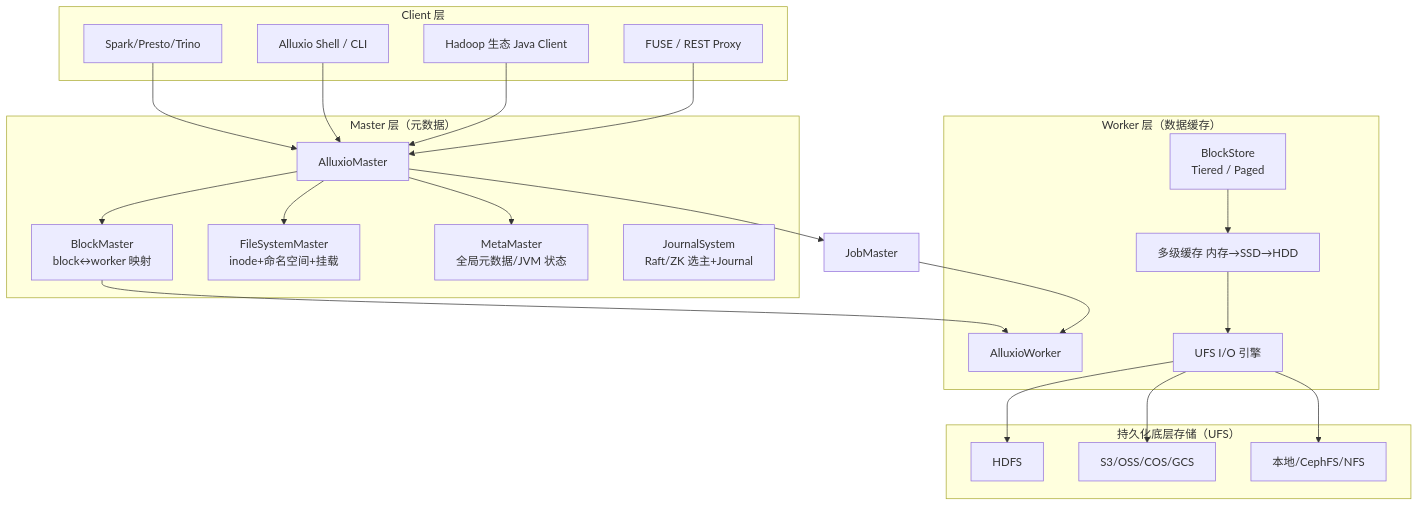
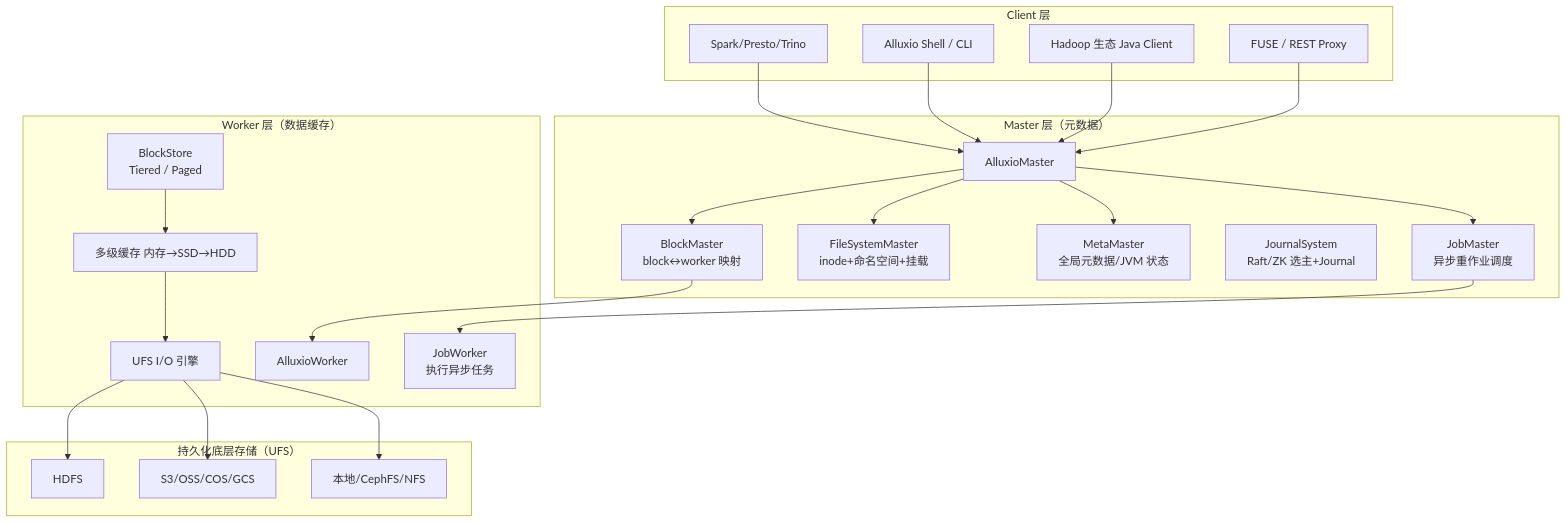
The first of 5 diagrams in docs/storage/distributed-storage/alluxio-architecture.md (hswsp/cs-knowledge-wiki), drawn with Mermaid before and after one commit. The commit also changed other lines of this file, not shown here.

````diff
--- a/docs/storage/distributed-storage/alluxio-architecture.md
+++ b/docs/storage/distributed-storage/alluxio-architecture.md
@@ -96,39 +124,40 @@
 ```mermaid
 flowchart TB
     subgraph Clients["Client 层"]
         C1[Spark/Presto/Trino]
         C2[Alluxio Shell / CLI]
         C3[Hadoop 生态 Java Client]
         C4[FUSE / REST Proxy]
     end
 
     subgraph Masters["Master 层（元数据）"]
         M1[AlluxioMaster]
         M2[BlockMaster<br/>block↔worker 映射]
         M3[FileSystemMaster<br/>inode+命名空间+挂载]
         M4[MetaMaster<br/>全局元数据/JVM 状态]
         M5[JournalSystem<br/>Raft/ZK 选主+Journal]
+        M6[JobMaster<br/>异步重作业调度]
     end
 
     subgraph Workers["Worker 层（数据缓存）"]
         W1[AlluxioWorker]
         W2[BlockStore<br/>Tiered / Paged]
         W3[多级缓存 内存→SSD→HDD]
         W4[UFS I/O 引擎]
+        W5[JobWorker<br/>执行异步任务]
     end
 
     subgraph UFS["持久化底层存储（UFS）"]
         U1[HDFS]
         U2[S3/OSS/COS/GCS]
         U3[本地/CephFS/NFS]
     end
 
     C1 & C2 & C3 & C4 --> M1
-    M1 --> M2 & M3 & M4
-    M1 --> J["JobMaster"]
+    M1 --> M2 & M3 & M4 & M6
     M2 --> W1
-    J --> W1
+    M6 --> W5
     W2 --> W3
     W4 --> U1 & U2 & U3
     W3 --> W4
 ```
````
